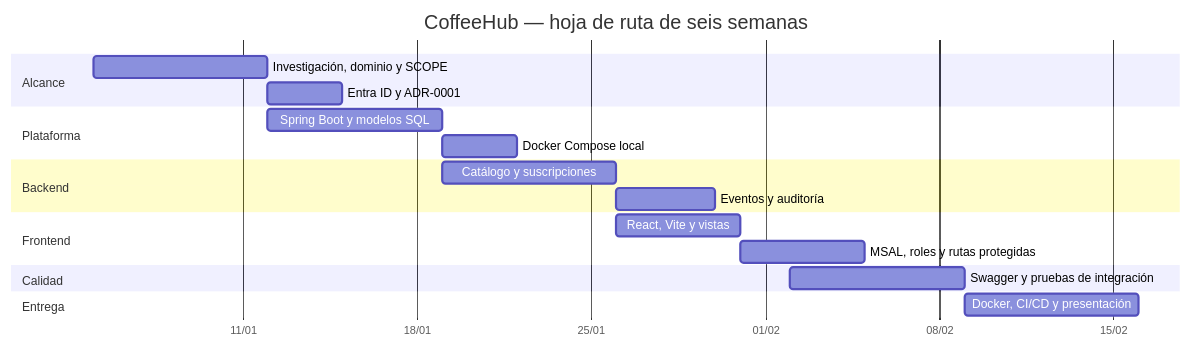
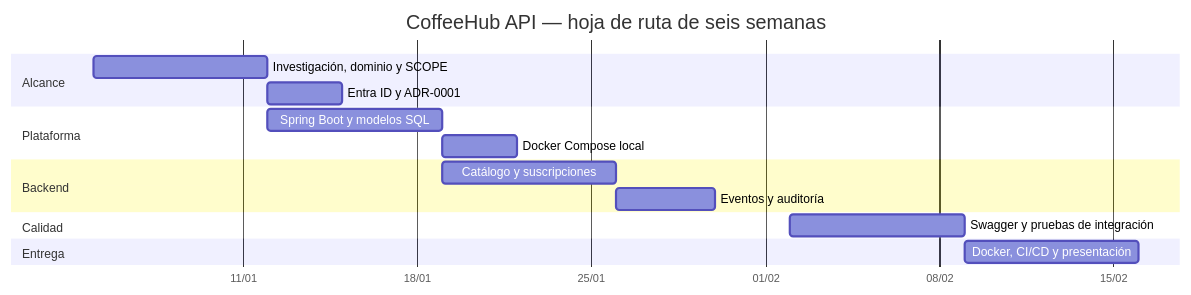
The second of 2 diagrams in docs/PLANNING.md (CatalinaOrmeno/CoffeeHub-API), drawn with Mermaid before and after one commit. The commit also changed other lines of this file and 32 other files, not shown here.

````diff
--- a/docs/PLANNING.md
+++ b/docs/PLANNING.md
@@ -45,22 +41,19 @@
 ```mermaid
 gantt
-  title CoffeeHub — hoja de ruta de seis semanas
+  title CoffeeHub API — hoja de ruta de seis semanas
   dateFormat  YYYY-MM-DD
   axisFormat  %d/%m
   section Alcance
   Investigación, dominio y SCOPE       :w1, 2026-01-05, 7d
   Entra ID y ADR-0001                   :w1b, after w1, 3d
   section Plataforma
   Spring Boot y modelos SQL              :w2, 2026-01-12, 7d
   Docker Compose local                  :w2b, after w2, 3d
   section Backend
   Catálogo y suscripciones              :w3, 2026-01-19, 7d
   Eventos y auditoría                  :w3b, after w3, 4d
-  section Frontend
-  React, Vite y vistas                 :w4, 2026-01-26, 5d
-  MSAL, roles y rutas protegidas       :w4b, after w4, 5d
   section Calidad
   Swagger y pruebas de integración     :w5, 2026-02-02, 7d
   section Entrega
   Docker, CI/CD y presentación          :w6, 2026-02-09, 7d
 ```
````
